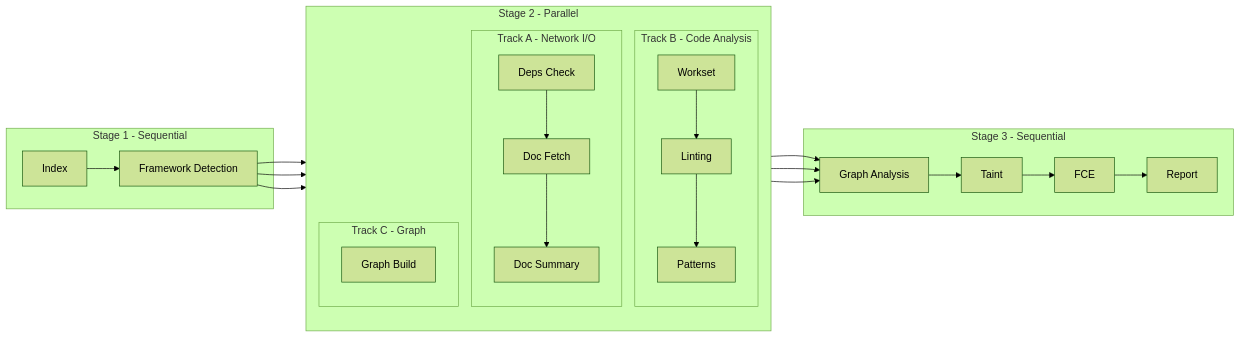
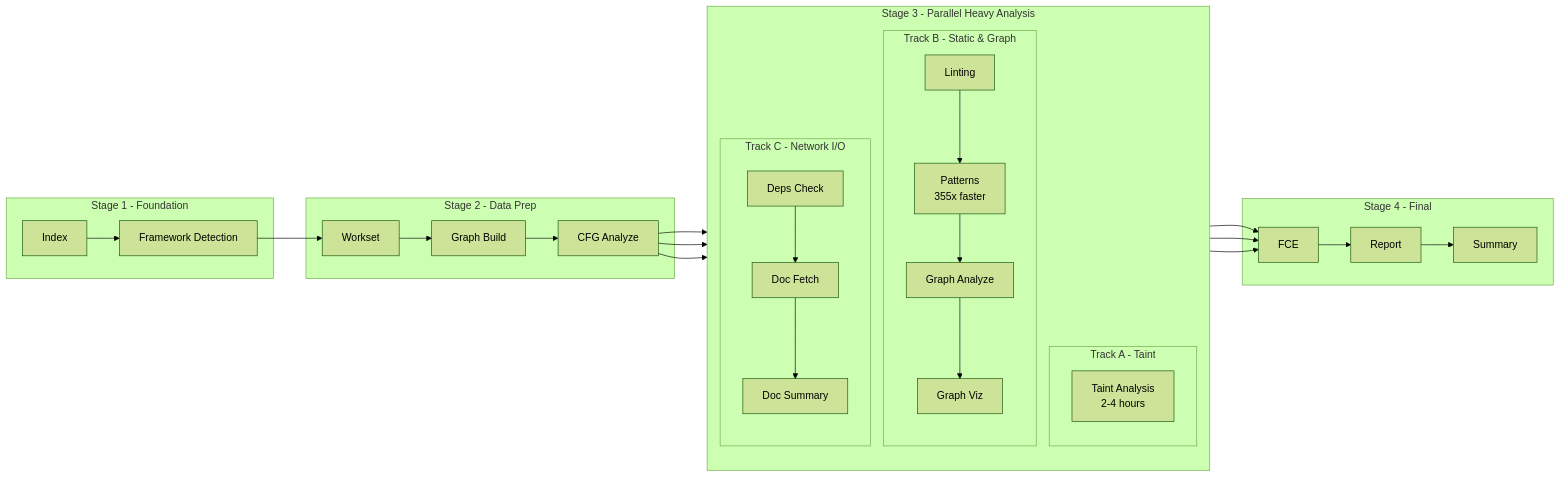
One commit to TheAuditorTool/Auditor changed the second of 6 diagrams in ARCHITECTURE.md. Above: the diagram before and after it, drawn with Mermaid (forest theme). The commit also changed other lines of this file and 5 other files, not shown here.

````diff
--- a/ARCHITECTURE.md
+++ b/ARCHITECTURE.md
@@ -209,39 +216,45 @@
 ```mermaid
 graph LR
-    subgraph "Stage 1 - Sequential"
+    subgraph "Stage 1 - Foundation"
         S1[Index] --> S2[Framework Detection]
     end
     
-    subgraph "Stage 2 - Parallel"
+    subgraph "Stage 2 - Data Prep"
+        D1[Workset] --> D2[Graph Build] --> D3[CFG Analyze]
+    end
+    
+    subgraph "Stage 3 - Parallel Heavy Analysis"
         direction TB
-        subgraph "Track A - Network I/O"
-            A1[Deps Check]
-            A2[Doc Fetch]
-            A3[Doc Summary]
-            A1 --> A2 --> A3
+        subgraph "Track A - Taint"
+            A1[Taint Analysis<br/>2-4 hours]
         end
         
-        subgraph "Track B - Code Analysis"
-            B1[Workset]
-            B2[Linting]
-            B3[Patterns]
-            B1 --> B2 --> B3
+        subgraph "Track B - Static & Graph"
+            B1[Linting]
+            B2[Patterns<br/>355x faster]
+            B3[Graph Analyze]
+            B4[Graph Viz]
+            B1 --> B2 --> B3 --> B4
         end
         
-        subgraph "Track C - Graph"
-            C1[Graph Build]
+        subgraph "Track C - Network I/O"
+            C1[Deps Check]
+            C2[Doc Fetch]
+            C3[Doc Summary]
+            C1 --> C2 --> C3
         end
     end
     
-    subgraph "Stage 3 - Sequential"
-        E1[Graph Analysis] --> E2[Taint] --> E3[FCE] --> E4[Report]
+    subgraph "Stage 4 - Final"
+        E1[FCE] --> E2[Report] --> E3[Summary]
     end
     
-    S2 --> A1
-    S2 --> B1
-    S2 --> C1
+    S2 --> D1
+    D3 --> A1
+    D3 --> B1
+    D3 --> C1
     
-    A3 --> E1
-    B3 --> E1
-    C1 --> E1
+    A1 --> E1
+    B4 --> E1
+    C3 --> E1
 ```
````
